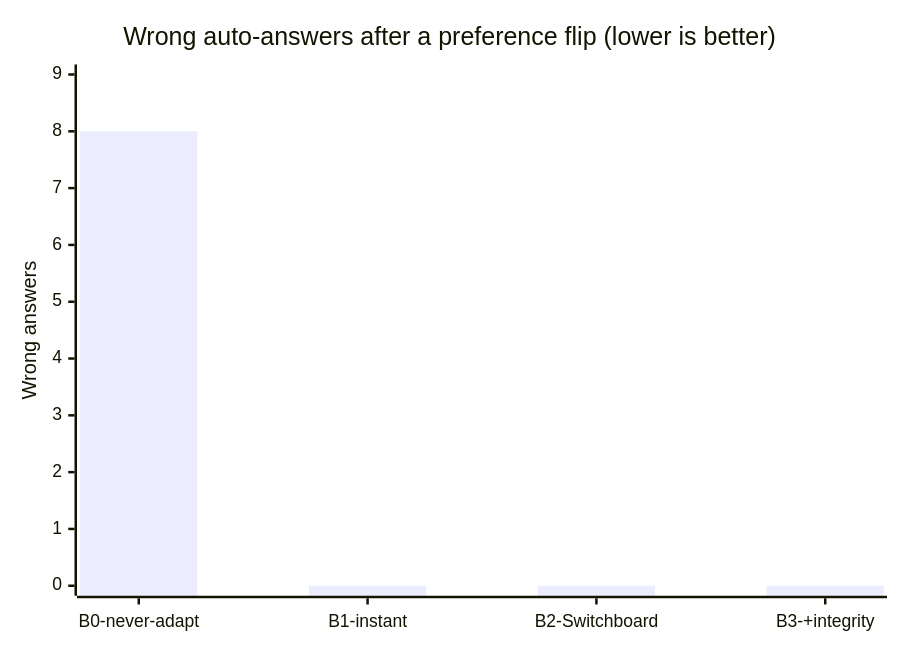
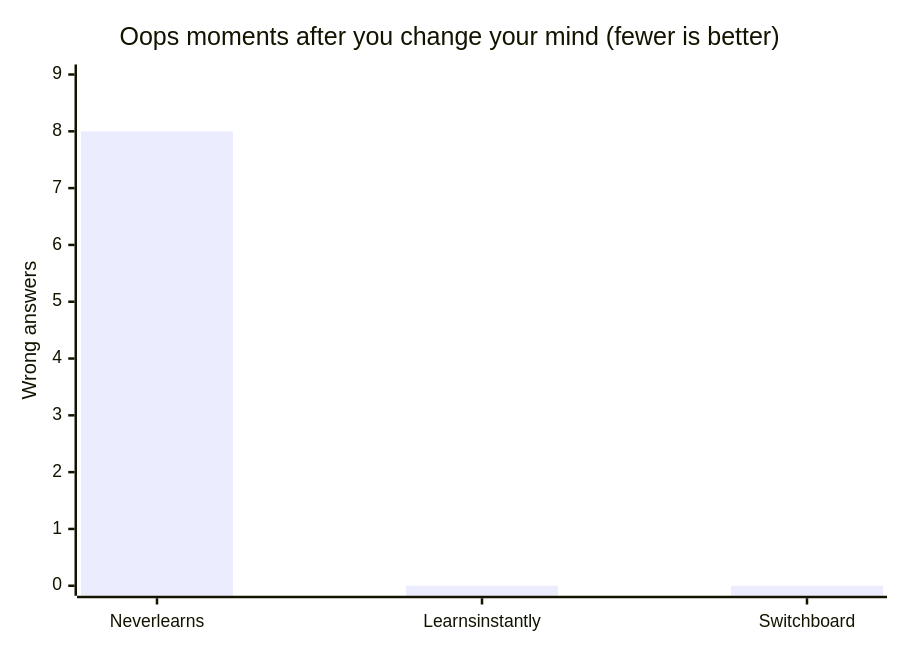
The sixth of 7 diagrams in README.md (KanishkNoir/SwitchBoard), drawn with Mermaid before and after one commit. The commit also changed other lines of this file, not shown here.

````diff
--- a/README.md
+++ b/README.md
@@ -169,7 +173,7 @@
 ```mermaid
 xychart-beta
-    title "Wrong auto-answers after a preference flip (lower is better)"
-    x-axis [B0-never-adapt, B1-instant, B2-Switchboard, B3-+integrity]
+    title "Oops moments after you change your mind (fewer is better)"
+    x-axis [Never learns, Learns instantly, Switchboard]
     y-axis "Wrong answers" 0 --> 9
-    bar [8, 0, 0, 0]
+    bar [8, 0, 0]
 ```
````
